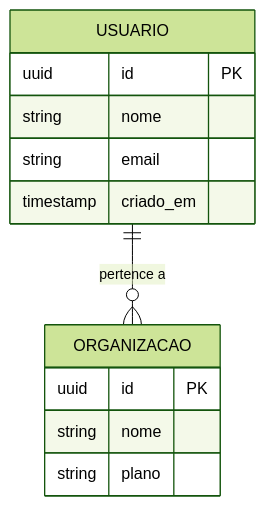
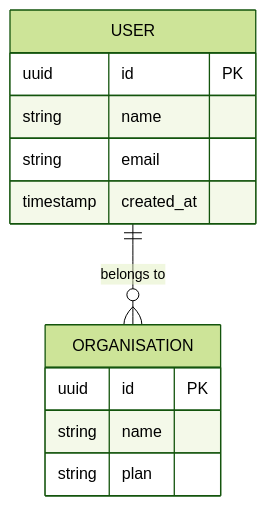
Before and after one commit to juliopessan/DABBA-STUDIO: the third of 4 diagrams in agent-server/personas/architect.md, drawn with Mermaid (forest theme). The commit also changed other lines of this file and 19 other files, not shown here.

````diff
--- a/agent-server/personas/architect.md
+++ b/agent-server/personas/architect.md
@@ -254,15 +256,15 @@
 ```mermaid
 erDiagram
-  USUARIO {
+  USER {
     uuid id PK
-    string nome
+    string name
     string email
-    timestamp criado_em
+    timestamp created_at
   }
-  ORGANIZACAO {
+  ORGANISATION {
     uuid id PK
-    string nome
-    string plano
+    string name
+    string plan
   }
-  USUARIO ||--o{ ORGANIZACAO : "pertence a"
+  USER ||--o{ ORGANISATION : "belongs to"
 ```
````
